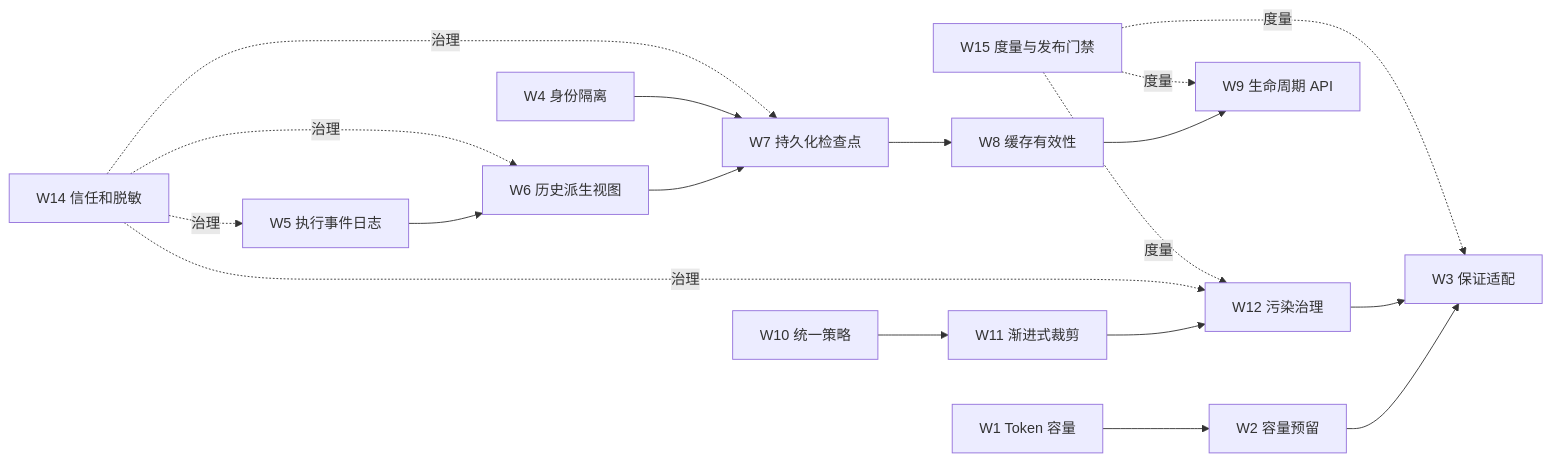
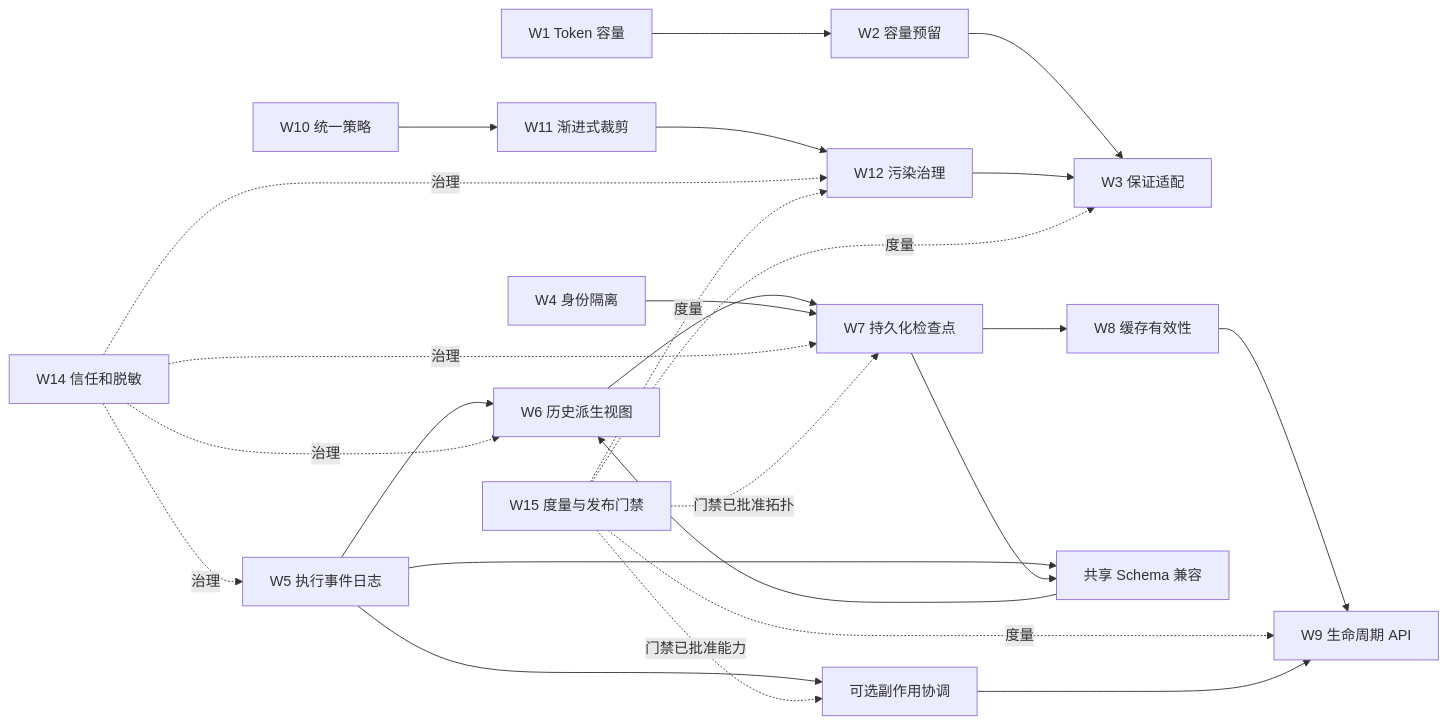
The sixth of 6 diagrams in doc/working/context-management-production-plan-zh.md (ModelEngine-Group/nexent), drawn with Mermaid before and after one commit. The commit also changed other lines of this file and 21 other files, not shown here.

````diff
--- a/doc/working/context-management-production-plan-zh.md
+++ b/doc/working/context-management-production-plan-zh.md
@@ -801,15 +912,20 @@
 ```mermaid
 flowchart LR
     W1["W1 Token 容量"] --> W2["W2 容量预留"] --> W3["W3 保证适配"]
     W5["W5 执行事件日志"] --> W6["W6 历史派生视图"] --> W7["W7 持久化检查点"]
     W7 --> W8["W8 缓存有效性"] --> W9["W9 生命周期 API"]
     W4["W4 身份隔离"] --> W7
     W10["W10 统一策略"] --> W11["W11 渐进式裁剪"] --> W12["W12 污染治理"] --> W3
     W14["W14 信任和脱敏"] -. 治理 .-> W7
     W14 -. 治理 .-> W12
     W14 -. 治理 .-> W5
     W14 -. 治理 .-> W6
     W15["W15 度量与发布门禁"] -. 度量 .-> W3
     W15 -. 度量 .-> W9
     W15 -. 度量 .-> W12
+    W5 --> C1["可选副作用协调"] --> W9
+    W5 --> C2["共享 Schema 兼容"] --> W6
+    W7 --> C2
+    W15 -. 门禁已批准能力 .-> C1
+    W15 -. 门禁已批准拓扑 .-> W7
 ```
````
